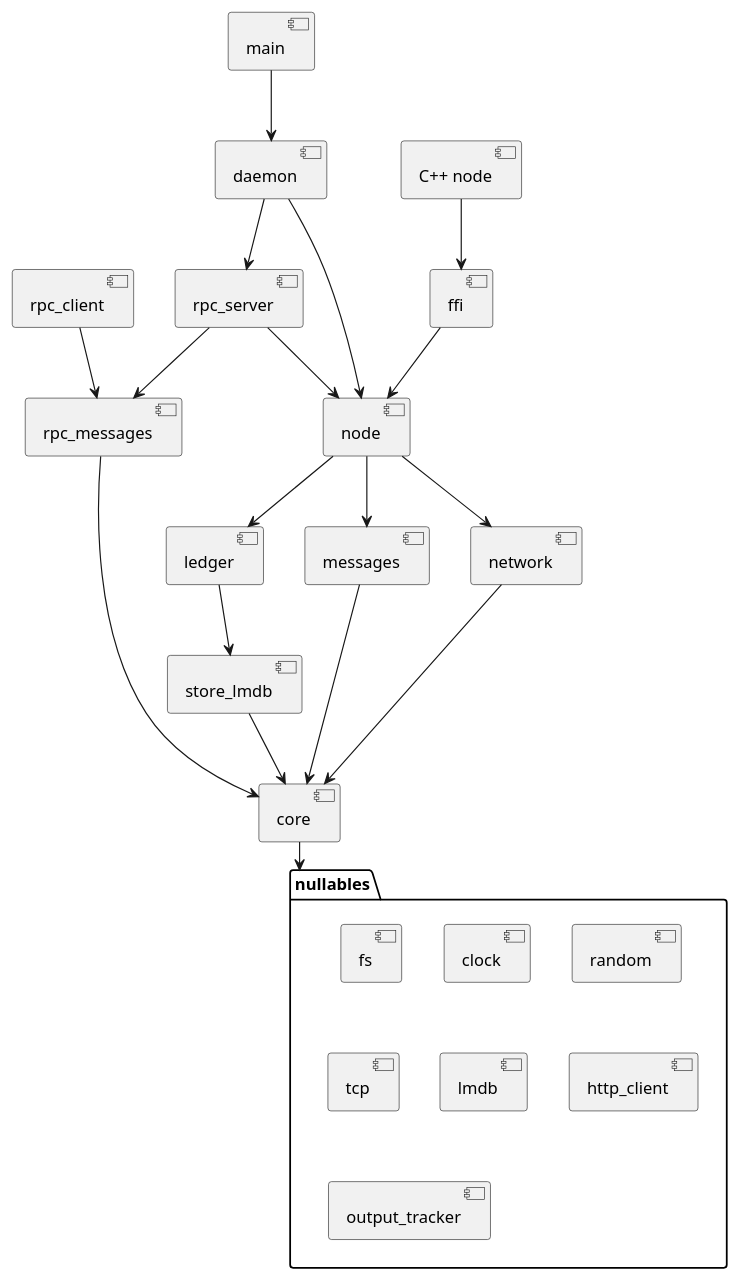
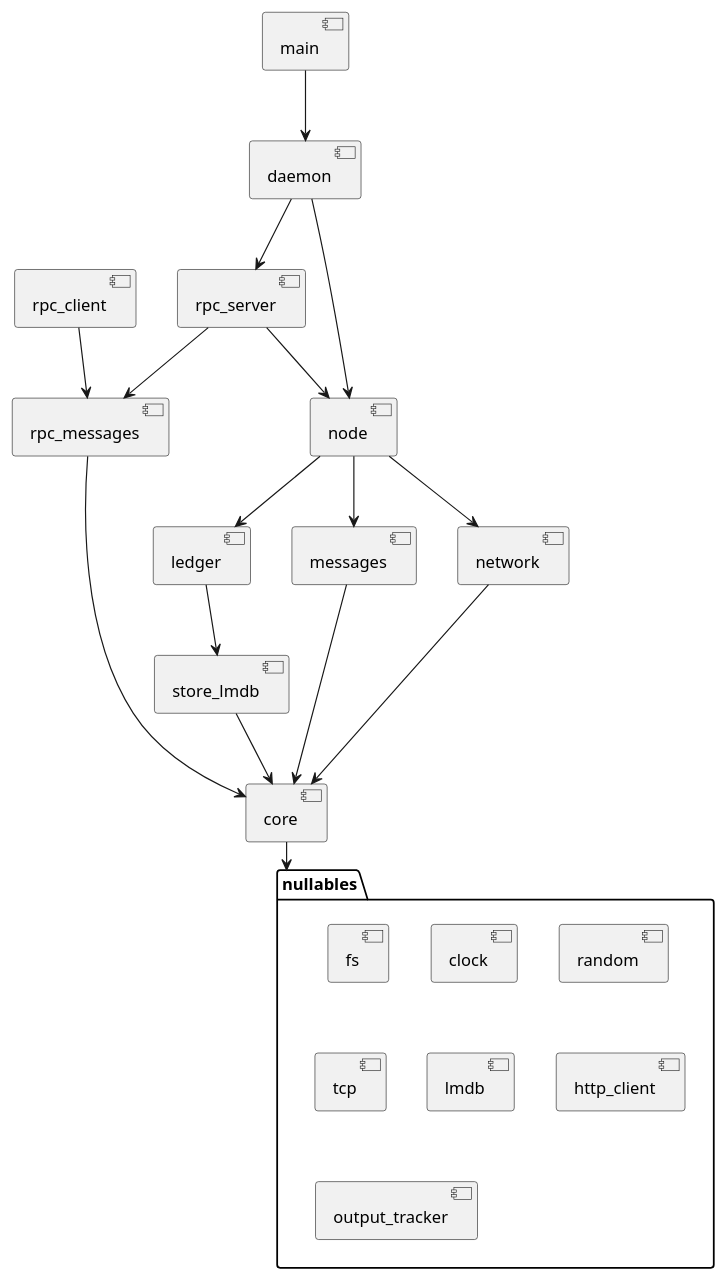
The diagram in doc/crates.puml (stjet/rsban-node), drawn with PlantUML before and after one commit. The commit also changed 903 other files, not shown here.

```diff
--- a/doc/crates.puml
+++ b/doc/crates.puml
@@ -1,45 +1,41 @@
 @startuml "Split crates"
 
 [core]
 [ledger]
 [store_lmdb]
 [messages]
 [network]
 [daemon]
 [node]
 [main]
-[ffi]
-[C++ node]
 [rpc_messages]
 [rpc_server]
 [rpc_client]
 
 folder "nullables"{
 [fs]
 [clock]
 [random]
 [tcp]
 [lmdb]
 [http_client]
 [output_tracker]
 }
 
-[C++ node] --> [ffi]
 [main] --> [daemon]
 [daemon] --> [node]
 [daemon] --> [rpc_server]
 [rpc_server] --> [node]
 [rpc_server] --> [rpc_messages]
 [rpc_client] --> [rpc_messages]
 [rpc_messages] --> [core]
 [node] --> [ledger]
 [node] --> [messages]
 [node] --> [network]
 [messages] --> [core]
 [network] --> [core]
 [ledger] --> [store_lmdb]
 [store_lmdb] --> [core]
-[ffi] --> [node]
 [core] --> "nullables"
 
 @enduml
```
